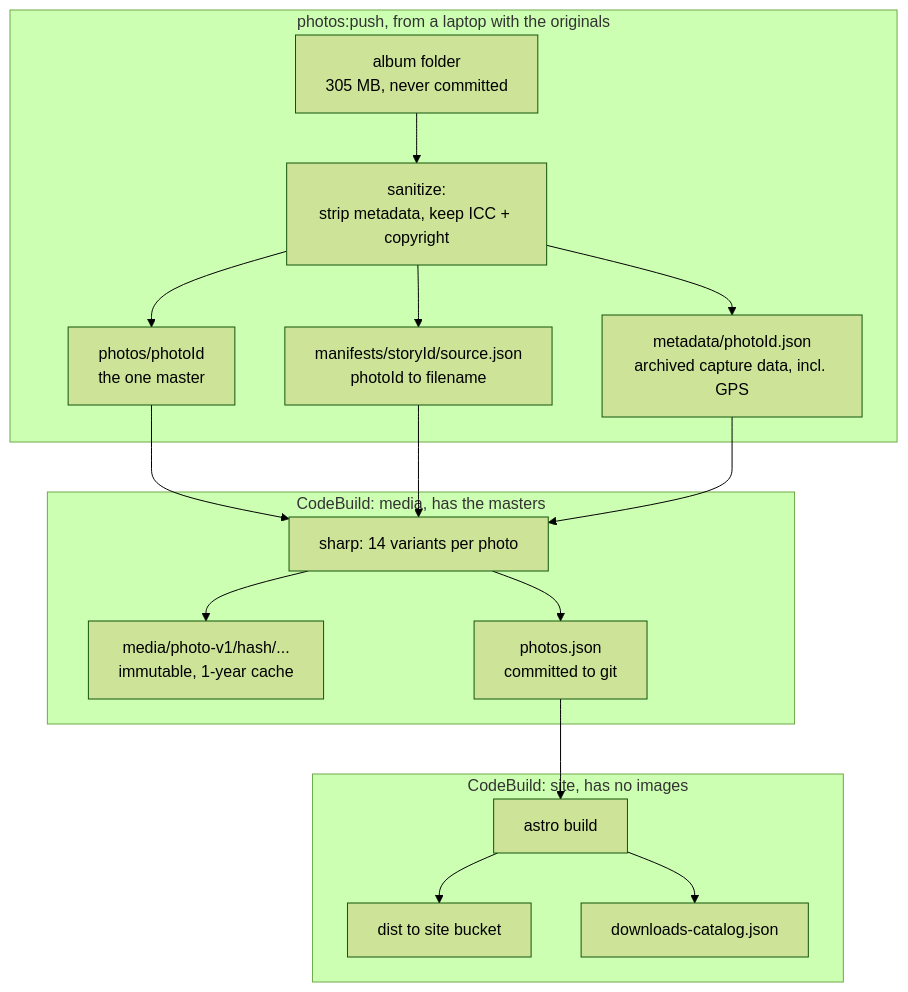
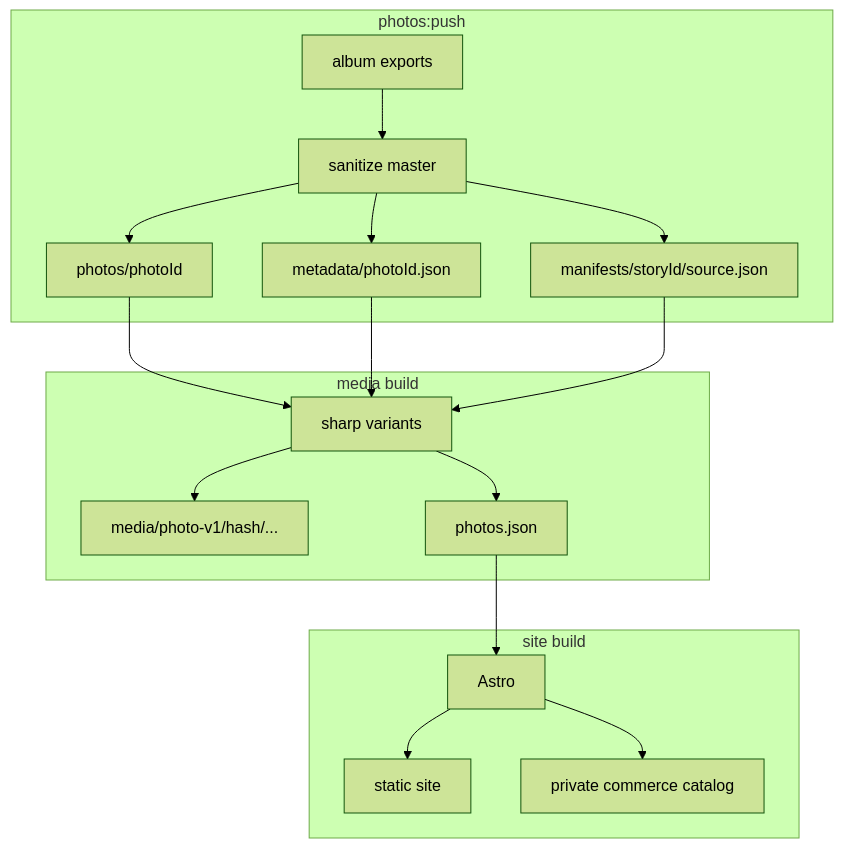
The first of 2 diagrams in docs/photo-architecture.md (Ficke/clipping), drawn with Mermaid (forest theme) before and after one commit. The commit also changed other lines of this file and 38 other files, not shown here.

````diff
--- a/docs/photo-architecture.md
+++ b/docs/photo-architecture.md
@@ -132,23 +48,23 @@
 ```mermaid
 flowchart TB
-  subgraph local[" photos:push, from a laptop with the originals "]
-    A[album folder<br/>305 MB, never committed] --> B[sanitize:<br/>strip metadata, keep ICC + copyright]
-    B --> C[photos/photoId<br/>the one master]
-    B --> D[metadata/photoId.json<br/>archived capture data, incl. GPS]
-    B --> E[manifests/storyId/source.json<br/>photoId to filename]
+  subgraph local["photos:push"]
+    A[album exports] --> B[sanitize master]
+    B --> C[photos/photoId]
+    B --> D[metadata/photoId.json]
+    B --> E[manifests/storyId/source.json]
   end
 
-  subgraph media[" CodeBuild: media, has the masters "]
-    C --> F[sharp: 14 variants per photo]
+  subgraph media["media build"]
+    C --> F[sharp variants]
+    D --> F
     E --> F
-    D --> F
-    F --> G[media/photo-v1/hash/...<br/>immutable, 1-year cache]
-    F --> H[photos.json<br/>committed to git]
+    F --> G[media/photo-v1/hash/...]
+    F --> H[photos.json]
   end
 
-  subgraph site[" CodeBuild: site, has no images "]
-    H --> I[astro build]
-    I --> J[dist to site bucket]
-    I --> K[downloads-catalog.json]
+  subgraph site["site build"]
+    H --> I[Astro]
+    I --> J[static site]
+    I --> K[private commerce catalog]
   end
 ```
````
